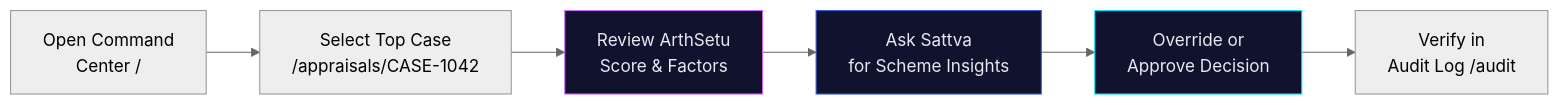
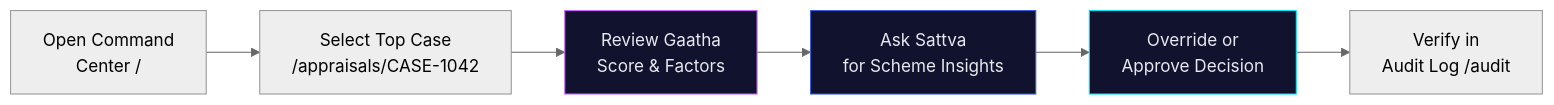
One commit to mridulbansal4/Gaatha changed the first of 2 diagrams in README.md. Above: the diagram before and after it, drawn with Mermaid (neutral theme). The commit also changed other lines of this file and 21 other files, not shown here.

````diff
--- a/README.md
+++ b/README.md
@@ -105,12 +105,12 @@
 ```mermaid
 flowchart LR
     A["Open Command<br/>Center /"] --> B["Select Top Case<br/>/appraisals/CASE-1042"]
-    B --> C["Review ArthSetu<br/>Score & Factors"]
+    B --> C["Review Gaatha<br/>Score & Factors"]
     C --> D["Ask Sattva<br/>for Scheme Insights"]
     D --> E["Override or<br/>Approve Decision"]
     E --> F["Verify in<br/>Audit Log /audit"]
     
     style C fill:#11132e,stroke:#cc66ff,color:#e8e8f0
     style D fill:#11132e,stroke:#3b5bdb,color:#e8e8f0
     style E fill:#11132e,stroke:#00e5ff,color:#e8e8f0
 ```
````
